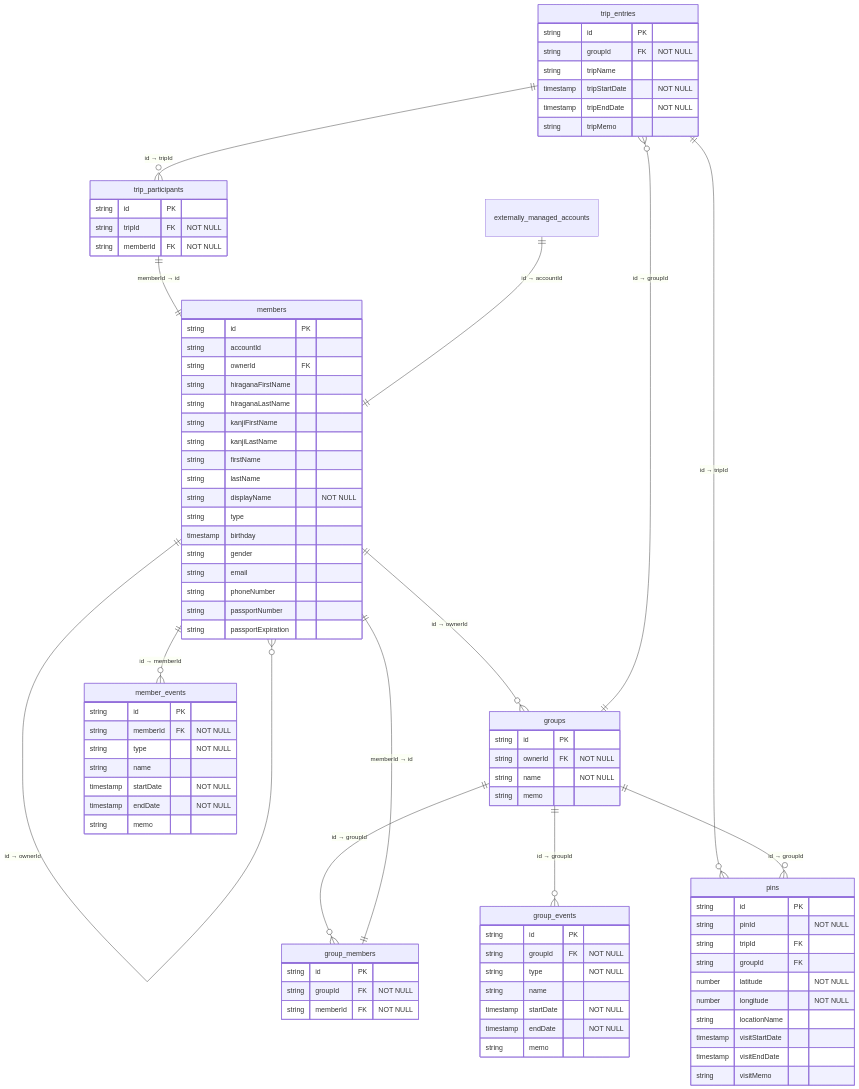
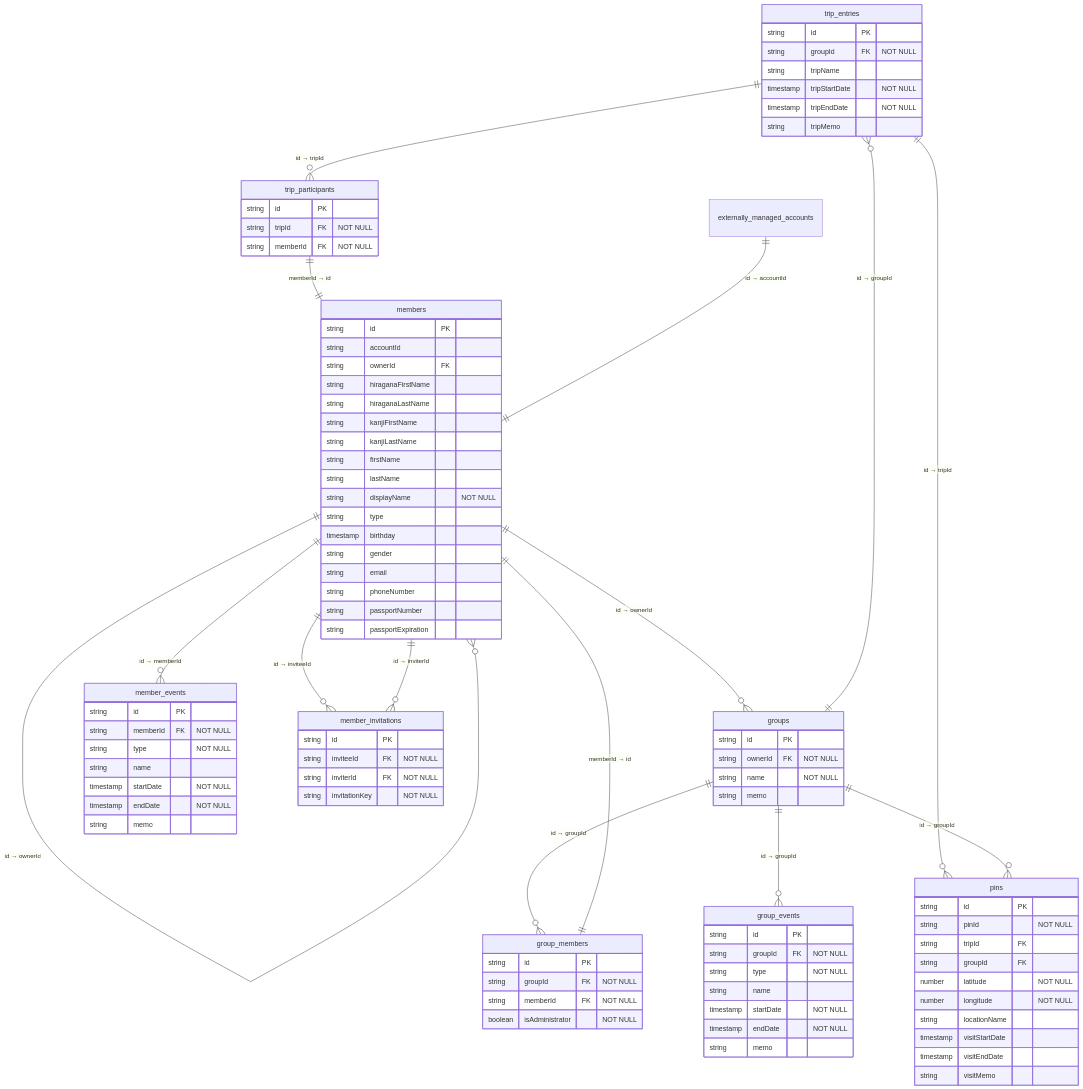
One commit to taka-016/memora changed the diagram in docs/er_diagram.md. Above: the diagram before and after it, drawn with Mermaid.

Commit message:
docs: ER図更新

````diff
--- a/docs/er_diagram.md
+++ b/docs/er_diagram.md
@@ -37,6 +37,7 @@
         string id PK
         string groupId FK "NOT NULL"
         string memberId FK "NOT NULL"
+        boolean isAdministrator "NOT NULL"
     }
     group_events {
         string id PK
@@ -75,6 +76,12 @@
         timestamp endDate "NOT NULL"
         string memo
     }
+    member_invitations {
+        string id PK
+        string inviteeId FK "NOT NULL"
+        string inviterId FK "NOT NULL"
+        string invitationKey "NOT NULL"
+    }
 
     trip_entries ||--o{ trip_participants : "id → tripId"
     trip_participants ||--|| members : "memberId → id"
@@ -88,4 +95,6 @@
     externally_managed_accounts ||--|| members : "id → accountId"
     members ||--o{ members : "id → ownerId"
     members ||--o{ groups : "id → ownerId"
+    members ||--o{ member_invitations : "id → inviteeId"
+    members ||--o{ member_invitations : "id → inviterId"
 ```
````
